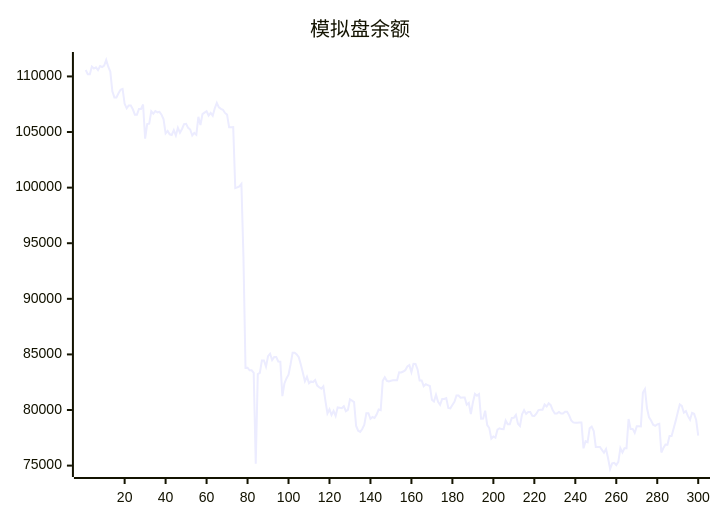
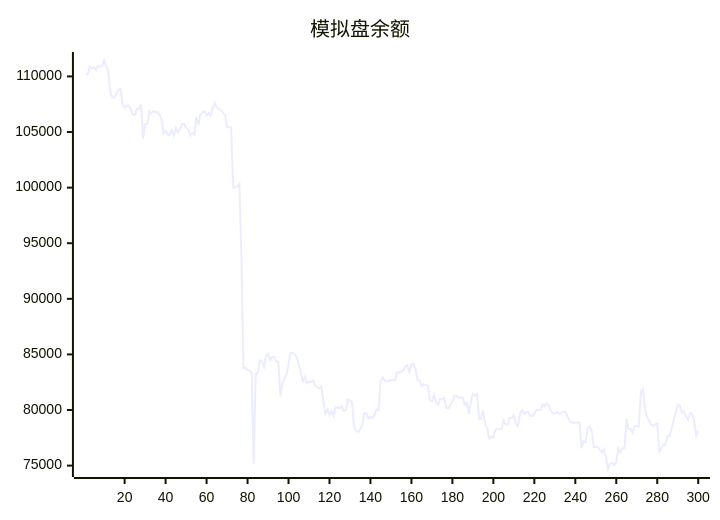
The diagram in README.md (aahl/ai-trading), drawn with Mermaid before and after one commit. The commit also changed other lines of this file and 1 other file, not shown here.

````diff
--- a/README.md
+++ b/README.md
@@ -5,5 +5,5 @@
 ```mermaid
 xychart
     title "模拟盘余额"
-    line [110576,110198,110198,110890,110712,110812,110569,110929,110847,110968,111478,110870,110433,108661,108116,108115,108485,108797,108877,107536,107134,107393,107393,107046,106565,106565,107081,107081,107478,104404,105715,105749,106866,106651,106889,106771,106816,106565,106141,104876,105103,104796,104734,105169,104690,105380,104941,105272,105709,105739,105374,105227,104691,104924,104762,106364,105628,106608,106748,106872,106485,106721,106468,107132,107620,107224,107080,107001,106717,106567,105431,105431,105440,99950,100017,100113,100337,93749,83795,83807,83567,83567,83342,75168,83222,83336,84448,84449,83896,84839,85065,84499,84757,84757,84364,84347,81254,82385,82835,83184,84099,85150,85150,85002,84751,84096,83356,82582,82983,82404,82572,82512,82688,82200,82047,81920,82125,80840,79688,80060,79552,79920,79470,80236,80208,80170,80336,79894,80006,80954,80837,80712,78561,78139,78037,78293,78682,79720,79720,79214,79372,79279,79591,80046,79993,82625,82950,82626,82571,82633,82670,82670,82681,83386,83378,83464,83579,83920,84037,83402,84160,84142,83652,82655,82655,82145,82315,82243,82163,80934,80770,81371,80742,80468,80989,80989,81067,80191,80155,80450,80737,81309,81309,81106,81119,81119,80471,80631,79624,80670,81448,81290,81429,79212,79222,79940,78643,78380,77432,77623,77504,78235,78358,78284,78277,79048,78714,78714,79290,79308,79567,78763,78563,79603,79988,79652,79813,79813,79476,79469,79673,79995,80015,80015,80486,80314,80600,80436,79966,79689,79689,79819,79692,79692,79850,79850,79518,79071,78889,78850,78850,78878,78878,76554,77202,77103,78357,78510,78106,76678,76677,76672,76411,76159,76485,75656,74695,75197,75246,75052,75334,76564,76179,76553,76551,79196,78300,78300,77944,78531,78531,78521,81564,81884,80160,79335,79055,78675,78580,78708,78764,76179,76586,76902,76876,77658,77669,78346,79023,79769,80497,80366,79761,79896,79448,79126,79749,79658,79097,77695]
+    line [110198,110198,110890,110712,110812,110569,110929,110847,110968,111478,110870,110433,108661,108116,108115,108485,108797,108877,107536,107134,107393,107393,107046,106565,106565,107081,107081,107478,104404,105715,105749,106866,106651,106889,106771,106816,106565,106141,104876,105103,104796,104734,105169,104690,105380,104941,105272,105709,105739,105374,105227,104691,104924,104762,106364,105628,106608,106748,106872,106485,106721,106468,107132,107620,107224,107080,107001,106717,106567,105431,105431,105440,99950,100017,100113,100337,93749,83795,83807,83567,83567,83342,75168,83222,83336,84448,84449,83896,84839,85065,84499,84757,84757,84364,84347,81254,82385,82835,83184,84099,85150,85150,85002,84751,84096,83356,82582,82983,82404,82572,82512,82688,82200,82047,81920,82125,80840,79688,80060,79552,79920,79470,80236,80208,80170,80336,79894,80006,80954,80837,80712,78561,78139,78037,78293,78682,79720,79720,79214,79372,79279,79591,80046,79993,82625,82950,82626,82571,82633,82670,82670,82681,83386,83378,83464,83579,83920,84037,83402,84160,84142,83652,82655,82655,82145,82315,82243,82163,80934,80770,81371,80742,80468,80989,80989,81067,80191,80155,80450,80737,81309,81309,81106,81119,81119,80471,80631,79624,80670,81448,81290,81429,79212,79222,79940,78643,78380,77432,77623,77504,78235,78358,78284,78277,79048,78714,78714,79290,79308,79567,78763,78563,79603,79988,79652,79813,79813,79476,79469,79673,79995,80015,80015,80486,80314,80600,80436,79966,79689,79689,79819,79692,79692,79850,79850,79518,79071,78889,78850,78850,78878,78878,76554,77202,77103,78357,78510,78106,76678,76677,76672,76411,76159,76485,75656,74695,75197,75246,75052,75334,76564,76179,76553,76551,79196,78300,78300,77944,78531,78531,78521,81564,81884,80160,79335,79055,78675,78580,78708,78764,76179,76586,76902,76876,77658,77669,78346,79023,79769,80497,80366,79761,79896,79448,79126,79749,79658,79097,77695,78114]
 ```
````
